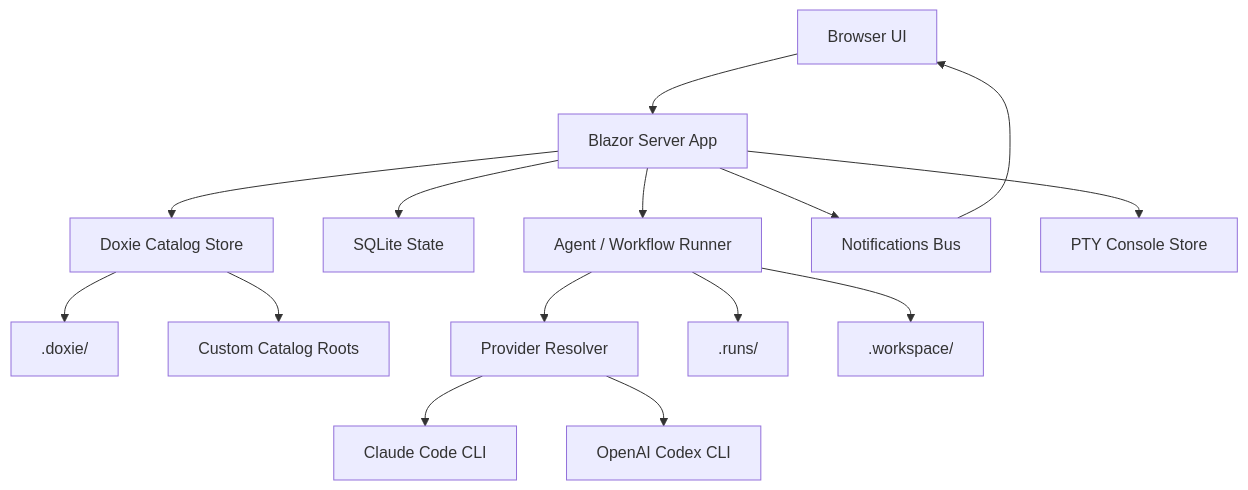
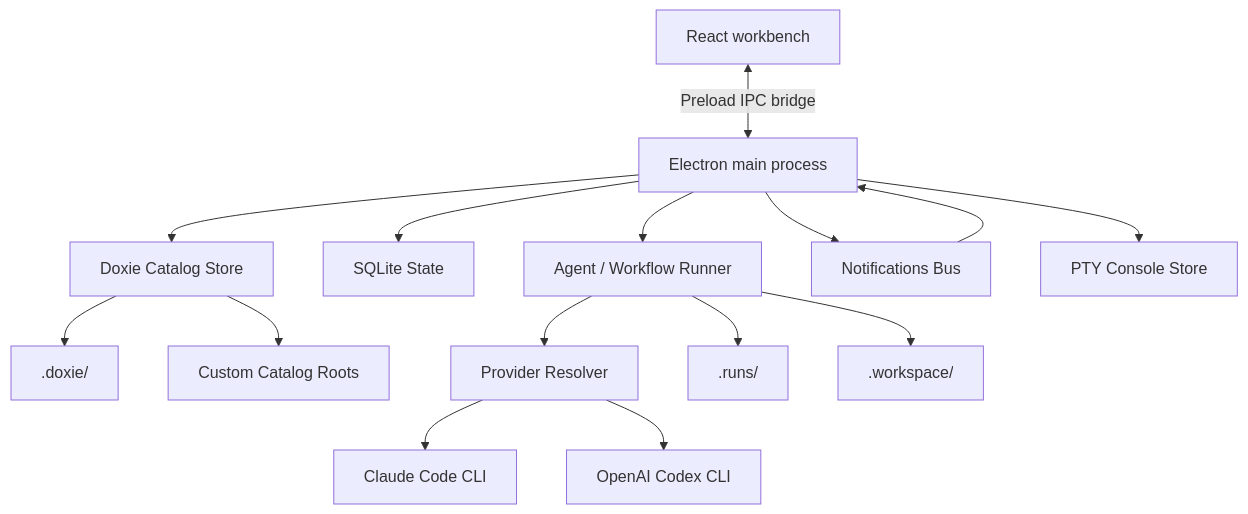
Before and after one commit to viamus/DoxieOS: the first of 5 diagrams in docs/architecture.md, drawn with Mermaid. The commit also changed other lines of this file and 349 other files, not shown here.

Commit message:
Migrate DoxieOS to Electron and React

````diff
--- a/docs/architecture.md
+++ b/docs/architecture.md
@@ -9,17 +9,17 @@
 ```mermaid
 flowchart TD
-    Browser["Browser UI"] --> Blazor["Blazor Server App"]
-    Blazor --> Catalog["Doxie Catalog Store"]
-    Blazor --> SQLite["SQLite State"]
-    Blazor --> Runner["Agent / Workflow Runner"]
-    Blazor --> Notifications["Notifications Bus"]
-    Blazor --> Consoles["PTY Console Store"]
+    Renderer["React workbench"] <-->|Preload IPC bridge| Main["Electron main process"]
+    Main --> Catalog["Doxie Catalog Store"]
+    Main --> SQLite["SQLite State"]
+    Main --> Runner["Agent / Workflow Runner"]
+    Main --> Notifications["Notifications Bus"]
+    Main --> Consoles["PTY Console Store"]
     Catalog --> Doxie[".doxie/"]
     Catalog --> CustomCatalogs["Custom Catalog Roots"]
     Runner --> ProviderResolver["Provider Resolver"]
     ProviderResolver --> ClaudeCLI["Claude Code CLI"]
     ProviderResolver --> CodexCLI["OpenAI Codex CLI"]
     Runner --> RunOutputs[".runs/"]
     Runner --> Workspace[".workspace/"]
-    Notifications --> Browser
+    Notifications --> Main
 ```
````
